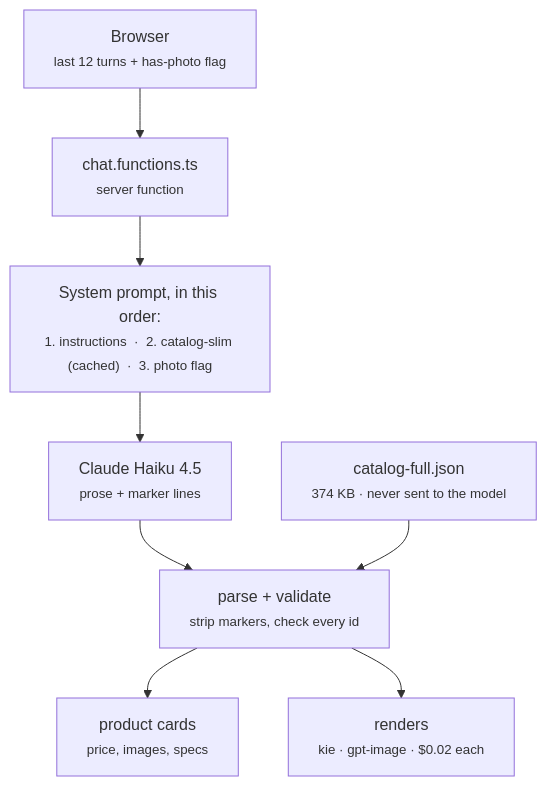
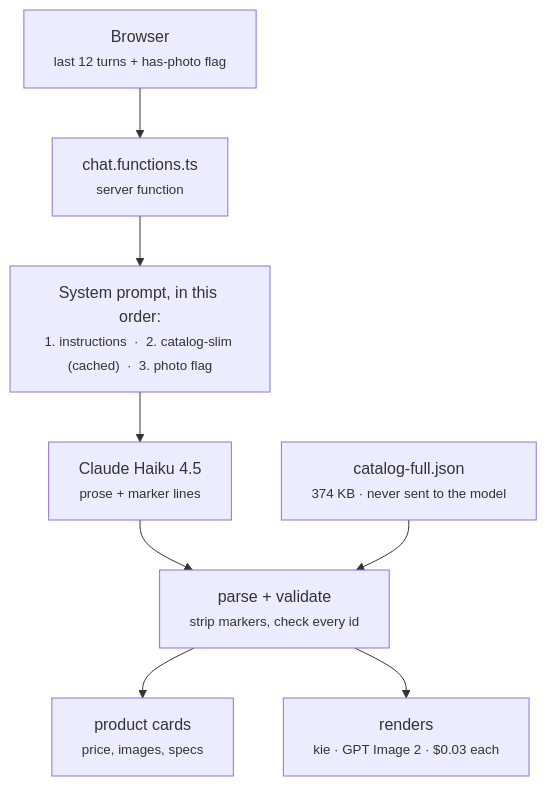
One commit to dhananjays-droid/comfortel changed the first of 2 diagrams in GUIDE.md. Above: the diagram before and after it, drawn with Mermaid. The commit also changed other lines of this file and 3 other files, not shown here.

First line of the commit message:
Fix rendering: raise the prompt cap that broke it, switch to GPT Image 2

````diff
--- a/GUIDE.md
+++ b/GUIDE.md
@@ -18,10 +18,10 @@
 ```mermaid
 flowchart TD
     B["Browser<br/><small>last 12 turns + has-photo flag</small>"] --> S["chat.functions.ts<br/><small>server function</small>"]
     S --> P["System prompt, in this order:<br/><small>1. instructions &nbsp;·&nbsp; 2. catalog-slim (cached) &nbsp;·&nbsp; 3. photo flag</small>"]
     P --> H["Claude Haiku 4.5<br/><small>prose + marker lines</small>"]
     H --> V["parse + validate<br/><small>strip markers, check every id</small>"]
     F["catalog-full.json<br/><small>374 KB · never sent to the model</small>"] --> V
     V --> C["product cards<br/><small>price, images, specs</small>"]
-    V --> R["renders<br/><small>kie · gpt-image · $0.02 each</small>"]
+    V --> R["renders<br/><small>kie · GPT Image 2 · $0.03 each</small>"]
 ```
````
